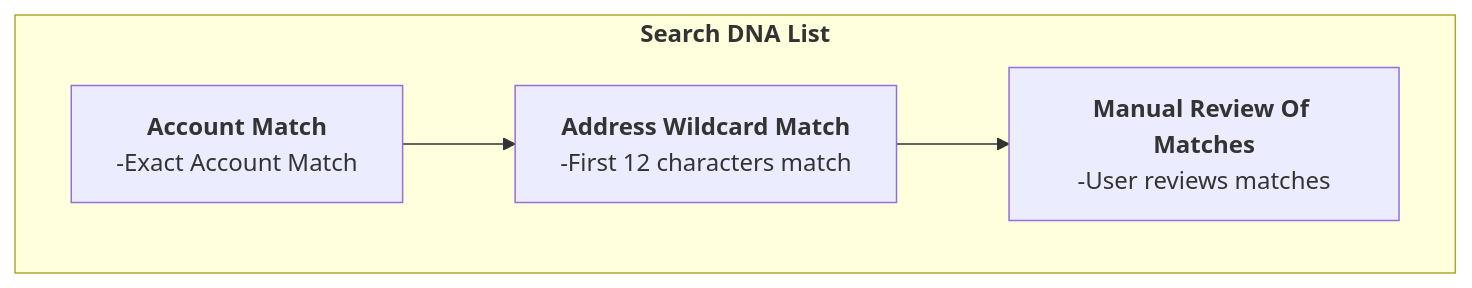
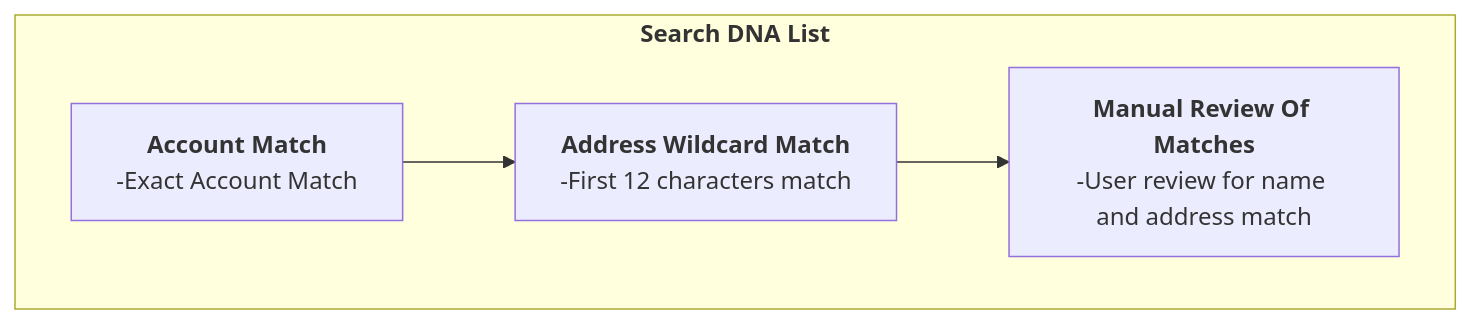
One commit to vistra-muniagg/List-Management-Tool changed the sixth of 6 diagrams in DIAGRAMS.md. Above: the diagram before and after it, drawn with Mermaid.

Commit message:
Update manual review description in diagrams
Clarified manual review description for matches.

````diff
--- a/DIAGRAMS.md
+++ b/DIAGRAMS.md
@@ -243,25 +243,25 @@
 ```mermaid
 
 %%{init: {
   "theme": "base",
   "themeVariables": {
     "fontSize": "12px",
     "fontFamily": "Segoe UI",
     "primaryColor": "#eef6ff",          %% node fill
     "primaryBorderColor": "#1e40af",    %% node border
     "primaryTextColor": "#0f172a",      %% node text
     "lineColor": "#1e40af"
   }
 }}%%
 
 graph TD
 
     subgraph DNA_search["<b>Search DNA List</b>"]
     direction LR
         account_match["<b>Account Match</b><br>-Exact Account Match"]
         address_match["<b>Address Wildcard Match</b><br>-First 12 characters match"]
-        manual_review["<b>Manual Review Of Matches</b><br>-User reviews matches"]
+        manual_review["<b>Manual Review Of Matches</b><br>-User review for name and address match"]
         account_match --> address_match --> manual_review
     end
 
 ```
````
